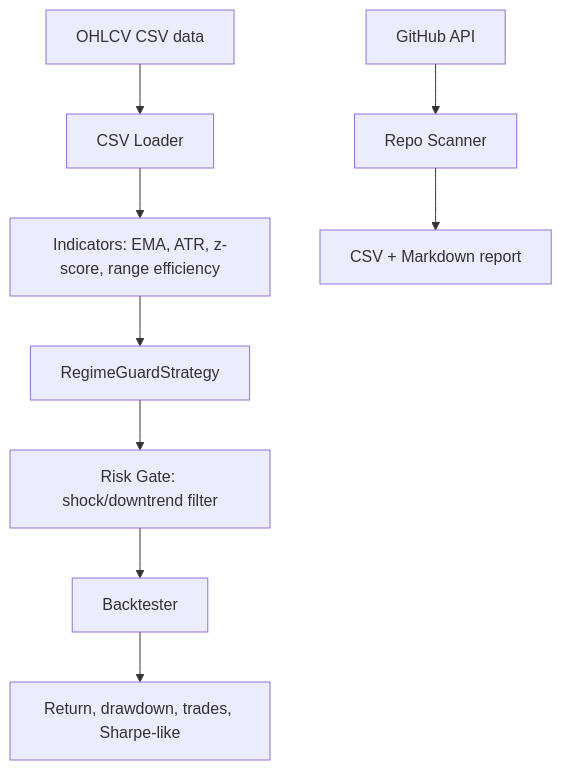
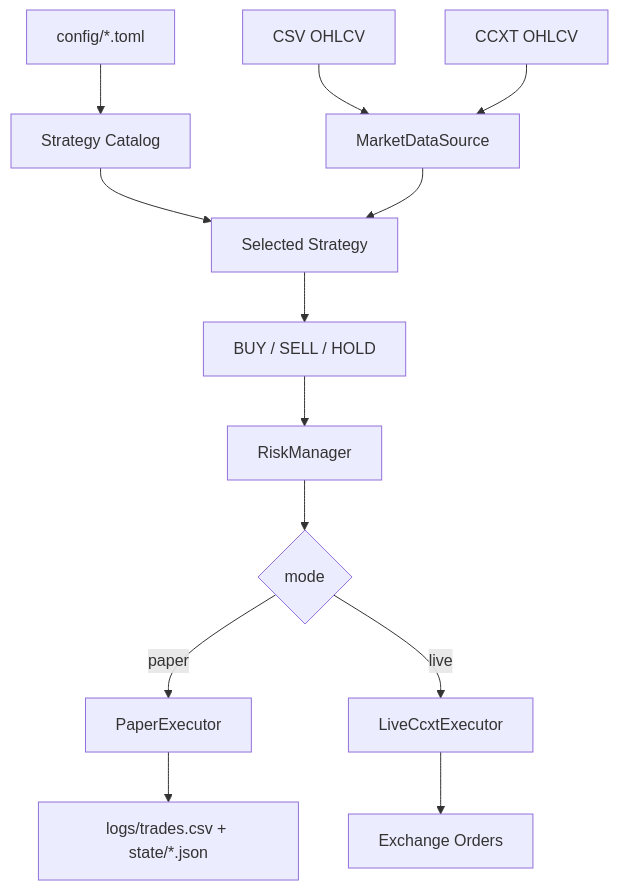
One commit to univcorp2-ctrl/crypto-regime-guard-bot changed the diagram in docs/architecture.md. Above: the diagram before and after it, drawn with Mermaid. The commit also changed other lines of this file, not shown here.

Commit message:
Add selectable strategies and live trading engine

````diff
--- a/docs/architecture.md
+++ b/docs/architecture.md
@@ -7,11 +11,15 @@
 ```mermaid
 flowchart TD
-  CSV[OHLCV CSV data] --> Loader[CSV Loader]
-  Loader --> Indicators[Indicators: EMA, ATR, z-score, range efficiency]
-  Indicators --> Strategy[RegimeGuardStrategy]
-  Strategy --> Risk[Risk Gate: shock/downtrend filter]
-  Risk --> Backtester[Backtester]
-  Backtester --> Metrics[Return, drawdown, trades, Sharpe-like]
-  GitHub[GitHub API] --> Scanner[Repo Scanner]
-  Scanner --> Report[CSV + Markdown report]
+  Config[config/*.toml] --> Registry[Strategy Catalog]
+  Registry --> Strategy[Selected Strategy]
+  CSV[CSV OHLCV] --> Market[MarketDataSource]
+  CCXT[CCXT OHLCV] --> Market
+  Market --> Strategy
+  Strategy --> Signal[BUY / SELL / HOLD]
+  Signal --> Risk[RiskManager]
+  Risk --> Mode{mode}
+  Mode -->|paper| Paper[PaperExecutor]
+  Mode -->|live| Live[LiveCcxtExecutor]
+  Paper --> Logs[logs/trades.csv + state/*.json]
+  Live --> Exchange[Exchange Orders]
 ```
````
